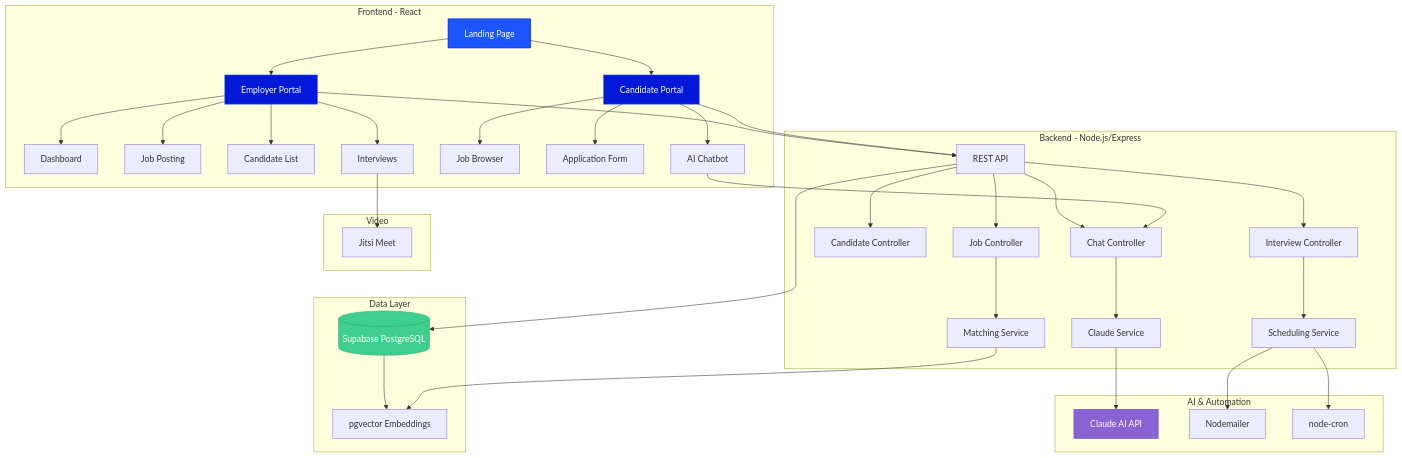
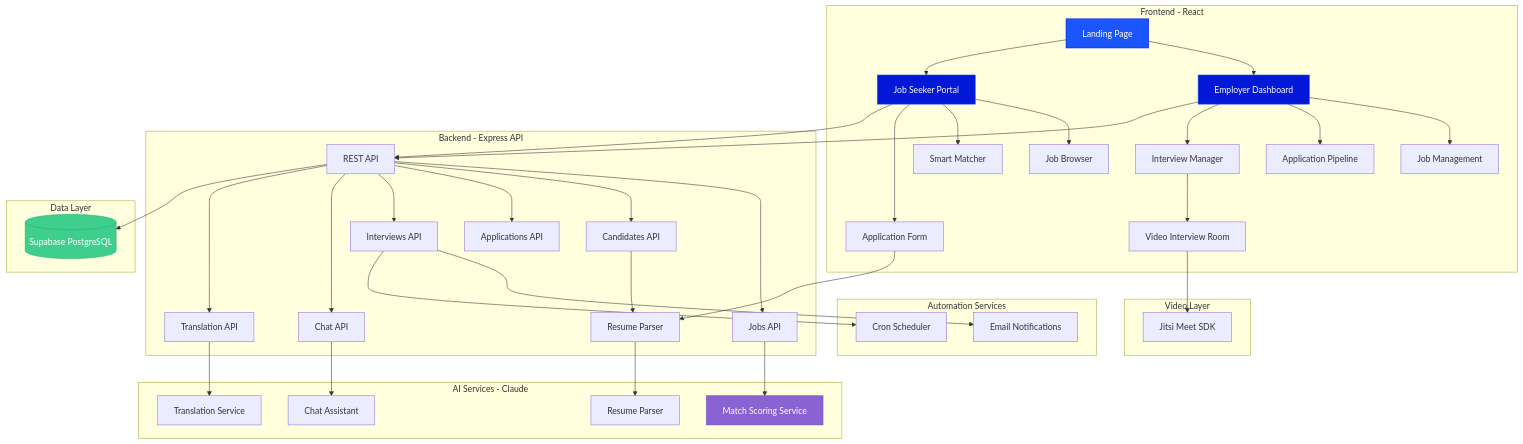
Before and after one commit to bssilva06/jale-hiring-assistant: the diagram in README.md, drawn with Mermaid. The commit also changed other lines of this file and 34 other files, not shown here.

````diff
--- a/README.md
+++ b/README.md
@@ -201,56 +241,62 @@
 ```mermaid
 graph TB
     subgraph "Frontend - React"
-        A[Landing Page] --> B[Employer Portal]
-        A --> C[Candidate Portal]
-        B --> D[Dashboard]
-        B --> E[Job Posting]
-        B --> F[Candidate List]
-        B --> G[Interviews]
-        C --> H[Job Browser]
+        A[Landing Page] --> B[Employer Dashboard]
+        A --> C[Job Seeker Portal]
+        B --> D[Job Management]
+        B --> E[Application Pipeline]
+        B --> F[Interview Manager]
+        C --> G[Job Browser]
+        C --> H[Smart Matcher]
         C --> I[Application Form]
-        C --> J[AI Chatbot]
+        F --> J[Video Interview Room]
     end
 
-    subgraph "Backend - Node.js/Express"
-        K[REST API] --> L[Job Controller]
-        K --> M[Candidate Controller]
-        K --> N[Interview Controller]
-        K --> O[Chat Controller]
-        L --> P[Matching Service]
-        O --> Q[Claude Service]
-        N --> R[Scheduling Service]
+    subgraph "Backend - Express API"
+        K[REST API] --> L[Jobs API]
+        K --> M[Candidates API]
+        K --> N[Applications API]
+        K --> O[Interviews API]
+        K --> P[Chat API]
+        K --> Q[Translation API]
+        M --> R[Resume Parser]
+    end
+
+    subgraph "AI Services - Claude"
+        S[Match Scoring Service]
+        T[Chat Assistant]
+        U[Resume Parser]
+        V[Translation Service]
+    end
+
+    subgraph "Automation Services"
+        W[Email Notifications]
+        X[Cron Scheduler]
     end
 
     subgraph "Data Layer"
-        S[(Supabase PostgreSQL)]
-        T[pgvector Embeddings]
-        S --> T
+        Y[(Supabase PostgreSQL)]
     end
 
-    subgraph "AI & Automation"
-        U[Claude AI API]
-        V[Nodemailer]
-        W[node-cron]
-    end
-
-    subgraph "Video"
-        X[Jitsi Meet]
+    subgraph "Video Layer"
+        Z[Jitsi Meet SDK]
     end
 
     B --> K
     C --> K
-    J --> O
-    G --> X
-    K --> S
-    Q --> U
+    I --> R
+    J --> Z
+    K --> Y
+    L --> S
     P --> T
-    R --> V
-    R --> W
+    R --> U
+    Q --> V
+    O --> W
+    O --> X
 
     style A fill:#1B56FD,stroke:#0118D8,color:#FFF
     style B fill:#0118D8,stroke:#1B56FD,color:#FFF
     style C fill:#0118D8,stroke:#1B56FD,color:#FFF
-    style U fill:#8A63D2,stroke:#6B46C1,color:#FFF
-    style S fill:#3ECF8E,stroke:#2DA771,color:#FFF
+    style S fill:#8A63D2,stroke:#6B46C1,color:#FFF
+    style Y fill:#3ECF8E,stroke:#2DA771,color:#FFF
 ```
````
